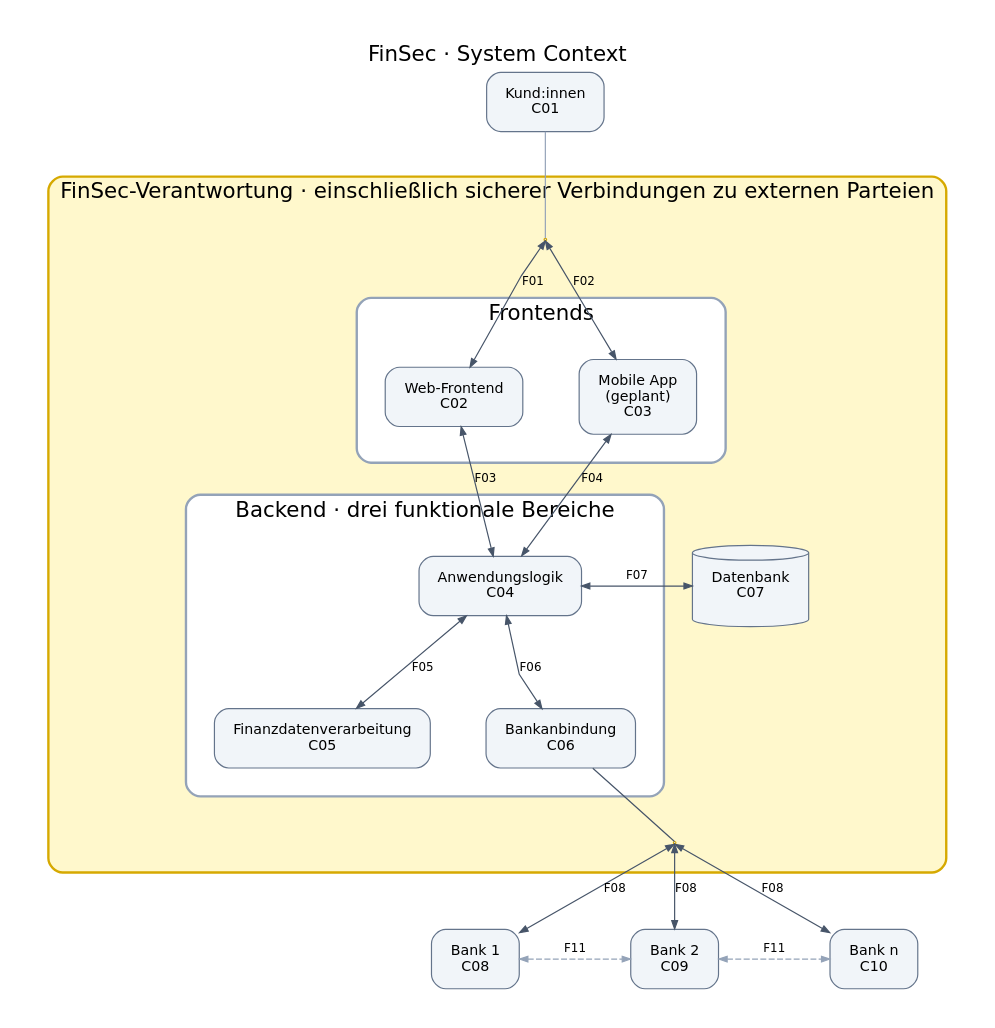
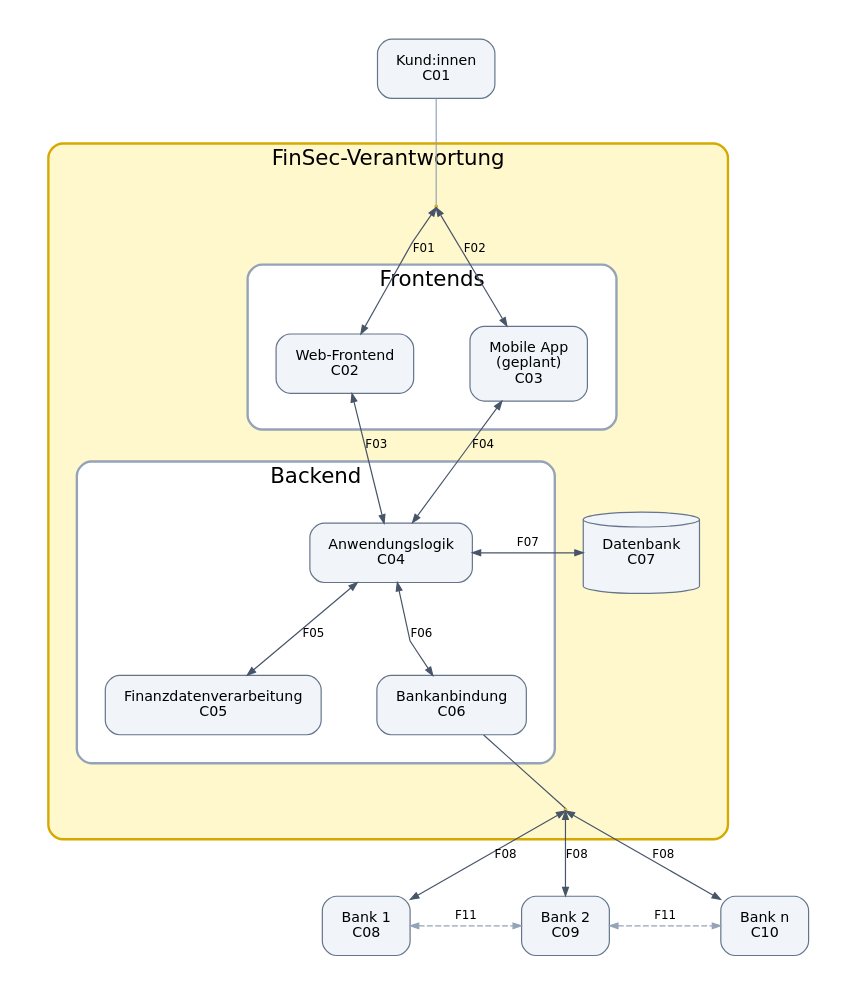
One commit to niklas9234/sichso_work changed the diagram in finsec.dot. Above: the diagram before and after it, drawn with Graphviz. The commit also changed 5 other files, not shown here.

```diff
--- a/finsec.dot
+++ b/finsec.dot
@@ -1,38 +1,38 @@
 digraph FinSec {
-graph [rankdir=TB, newrank=true, splines=polyline, bgcolor="white", fontname="DejaVu Sans", fontsize=18, pad=0.35, nodesep=0.65, ranksep=0.8, compound=true, label="FinSec · System Context", labelloc=t];
+graph [rankdir=TB, newrank=true, splines=polyline, bgcolor="white", fontname="DejaVu Sans", fontsize=18, pad=0.35, nodesep=0.65, ranksep=0.8, compound=true, labelloc=t];
 node [shape=box, style="rounded,filled", fillcolor="#f1f5f9", color="#64748b", fontname="DejaVu Sans", fontsize=12, margin="0.22,0.16", target="_top"];
 edge [dir=both, color="#475569", fontname="DejaVu Sans", fontsize=10, arrowsize=0.7, target="_top"];
 C01 [id="C01", label="Kund:innen\nC01", URL="README.md#C01", tooltip="Kund:innen – Beschreibung"];
 C02 [id="C02", label="Web-Frontend\nC02", URL="README.md#C02", tooltip="Web-Frontend – Beschreibung"];
 C03 [id="C03", label="Mobile App\n(geplant)\nC03", URL="README.md#C03", tooltip="Mobile App (geplant) – Beschreibung"];
 C04 [id="C04", label="Anwendungslogik\nC04", URL="README.md#C04", tooltip="Anwendungslogik – Beschreibung"];
 C05 [id="C05", label="Finanzdatenverarbeitung\nC05", URL="README.md#C05", tooltip="Finanzdatenverarbeitung – Beschreibung"];
 C06 [id="C06", label="Bankanbindung\nC06", URL="README.md#C06", tooltip="Bankanbindung – Beschreibung"];
 C07 [id="C07", label="Datenbank\nC07", URL="README.md#C07", tooltip="Datenbank – Beschreibung", shape=cylinder];
 C08 [id="C08", label="Bank 1\nC08", URL="README.md#C08", tooltip="Bank 1 – Beschreibung"];
 C09 [id="C09", label="Bank 2\nC09", URL="README.md#C09", tooltip="Bank 2 – Beschreibung"];
 C10 [id="C10", label="Bank n\nC10", URL="README.md#C10", tooltip="Bank n – Beschreibung"];
-subgraph cluster_responsibility { label="FinSec-Verantwortung · einschließlich sicherer Verbindungen zu externen Parteien"; style="rounded,filled"; color="#d6a900"; fillcolor="#fff8cc"; penwidth=2; margin=24;
+subgraph cluster_responsibility { label="FinSec-Verantwortung"; style="rounded,filled"; color="#d6a900"; fillcolor="#fff8cc"; penwidth=2; margin=24;
 client_link [shape=point, width=0.03, label="", color="#d6a900"];
 subgraph cluster_frontends { label="Frontends"; color="#94a3b8"; fillcolor="#ffffff"; C02; C03; {rank=same; C02; C03;} }
-subgraph cluster_backend { label="Backend · drei funktionale Bereiche"; color="#94a3b8"; fillcolor="#ffffff"; C04; C05; C06; {rank=same; C05; C06;} }
+subgraph cluster_backend { label="Backend"; color="#94a3b8"; fillcolor="#ffffff"; C04; C05; C06; {rank=same; C05; C06;} }
 C07;
 bank_link [shape=point, width=0.03, label="", color="#d6a900"];
 {rank=same; C04; C07;} C07 -> bank_link [style=invis];
 }
 {rank=same; C08; C09; C10;}
 C01 -> client_link [dir=none, color="#94a3b8"];
 client_link -> C02 [id="F01", label="F01", URL="README.md#F01", tooltip="F01: Nutzung & Rückmeldungen"];
 client_link -> C03 [id="F02", label="F02", URL="README.md#F02", tooltip="F02: Nutzung & Rückmeldungen"];
 C02 -> C04 [id="F03", label="F03", URL="README.md#F03", tooltip="F03: Anfragen & Ergebnisse"];
 C03 -> C04 [id="F04", label="F04", URL="README.md#F04", tooltip="F04: Anfragen & Ergebnisse"];
 C04 -> C05 [id="F05", label="F05", URL="README.md#F05", tooltip="F05: Analyseauftrag & Auswertung"];
 C04 -> C06 [id="F06", label="F06", URL="README.md#F06", tooltip="F06: Bankauftrag & Ergebnis"];
 C04 -> C07 [id="F07", label="F07", URL="README.md#F07", tooltip="F07: Lesen & Speichern"];
 C06 -> bank_link [dir=none, color="#475569"];
 bank_link -> C08 [id="F08", label="F08", URL="README.md#F08", tooltip="F08: Kontoabruf & Zahlungsauftrag"];
 bank_link -> C09 [id="F08-C09", label="F08", URL="README.md#F08", tooltip="F08: Kontoabruf & Zahlungsauftrag"];
 bank_link -> C10 [id="F08-C10", label="F08", URL="README.md#F08", tooltip="F08: Kontoabruf & Zahlungsauftrag"];
 C08 -> C09 [id="F11", label="F11", URL="README.md#F11", tooltip="F11: Datenaustausch / Transaktionen", constraint=false, style=dashed, color="#94a3b8"];
 C09 -> C10 [id="F11-C10", label="F11", URL="README.md#F11", tooltip="F11: Datenaustausch / Transaktionen", constraint=false, style=dashed, color="#94a3b8"];
 }
```
